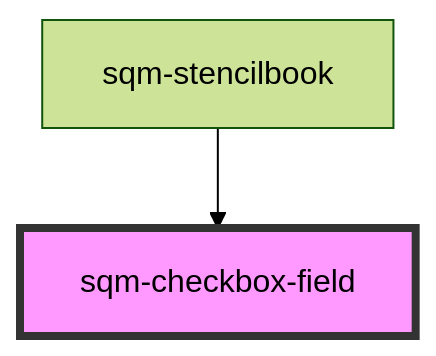
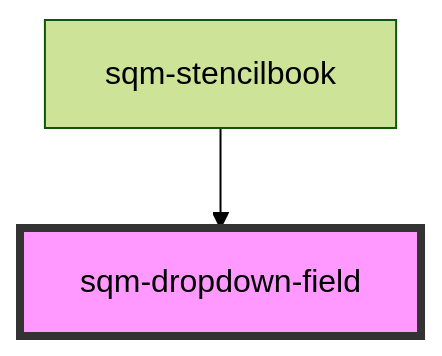
One commit to saasquatch/program-tools changed the diagram in packages/mint-components/src/components/sqm-dropdown-field/readme.md. Above: the diagram before and after it, drawn with Mermaid (forest theme). The commit also changed other lines of this file and 7 other files, not shown here.

````diff
--- a/packages/mint-components/src/components/sqm-dropdown-field/readme.md
+++ b/packages/mint-components/src/components/sqm-dropdown-field/readme.md
@@ -28,5 +26,5 @@
 ```mermaid
 graph TD;
-  sqm-stencilbook --> sqm-checkbox-field
-  style sqm-checkbox-field fill:#f9f,stroke:#333,stroke-width:4px
+  sqm-stencilbook --> sqm-dropdown-field
+  style sqm-dropdown-field fill:#f9f,stroke:#333,stroke-width:4px
 ```
````
